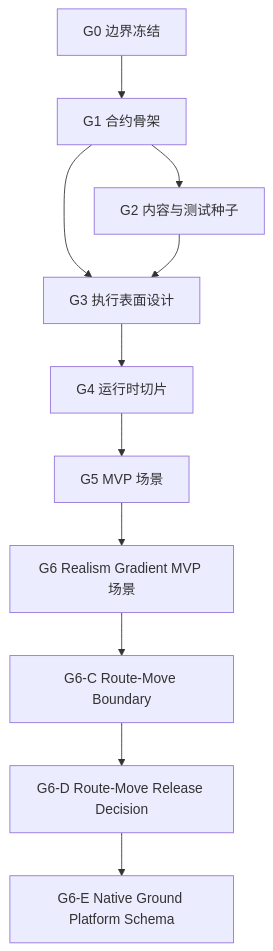
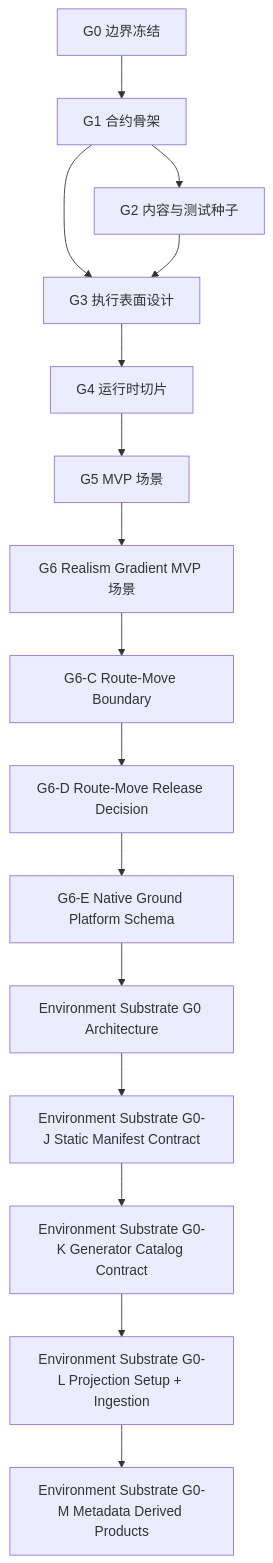
One commit to Void0312Aurora/Echelon-Forge changed the diagram in docs/task/ground/ground_subagent_dispatch_queue_20260521.zh.md. Above: the diagram before and after it, drawn with Mermaid. The commit also changed other lines of this file and 72 other files, not shown here.

Commit message:
feat(environment): add G0 substrate contracts and viz overlays

````diff
--- a/docs/task/ground/ground_subagent_dispatch_queue_20260521.zh.md
+++ b/docs/task/ground/ground_subagent_dispatch_queue_20260521.zh.md
@@ -31,13 +37,18 @@
 ```mermaid
 flowchart TD
     G0["G0 边界冻结"] --> G1["G1 合约骨架"]
     G1 --> G2["G2 内容与测试种子"]
     G1 --> G3["G3 执行表面设计"]
     G2 --> G3
     G3 --> G4["G4 运行时切片"]
     G4 --> G5["G5 MVP 场景"]
     G5 --> G6["G6 Realism Gradient MVP 场景"]
     G6 --> G6C["G6-C Route-Move Boundary"]
     G6C --> G6D["G6-D Route-Move Release Decision"]
     G6D --> G6E["G6-E Native Ground Platform Schema"]
+    G6E --> ENVG0["Environment Substrate G0 Architecture"]
+    ENVG0 --> ENVG0J["Environment Substrate G0-J Static Manifest Contract"]
+    ENVG0J --> ENVG0K["Environment Substrate G0-K Generator Catalog Contract"]
+    ENVG0K --> ENVG0L["Environment Substrate G0-L Projection Setup + Ingestion"]
+    ENVG0L --> ENVG0M["Environment Substrate G0-M Metadata Derived Products"]
 ```
````
